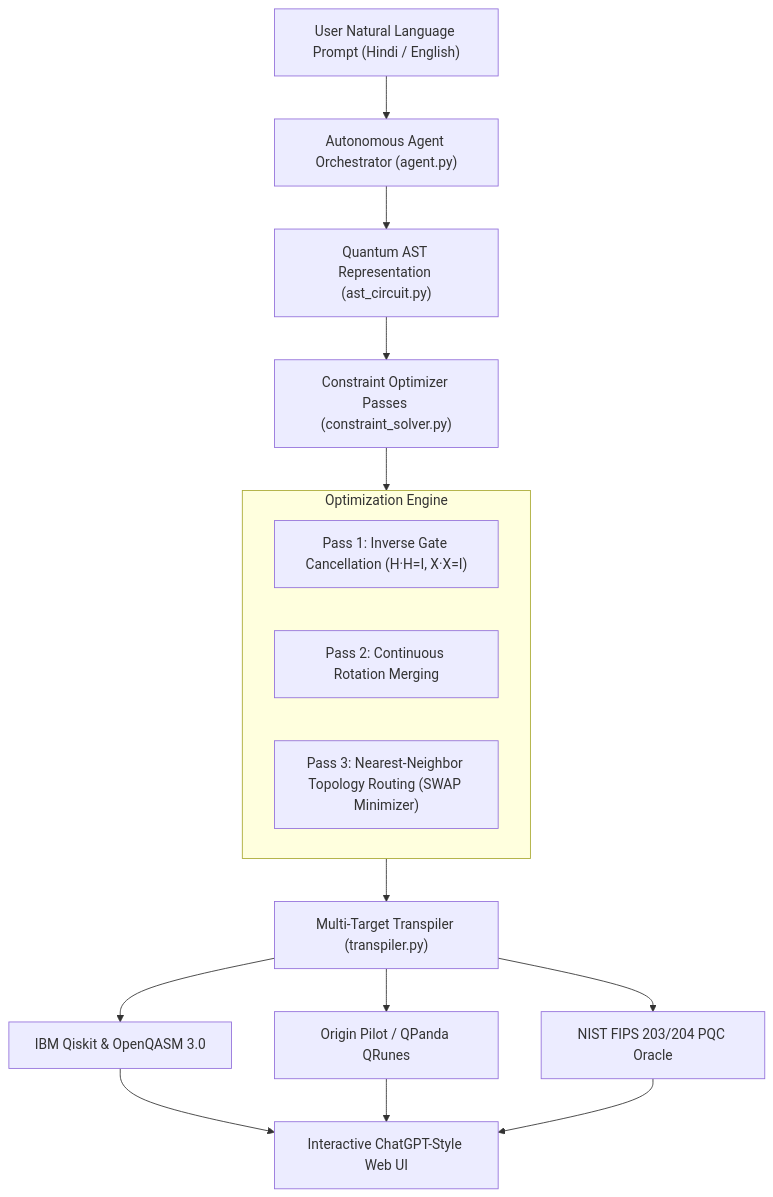
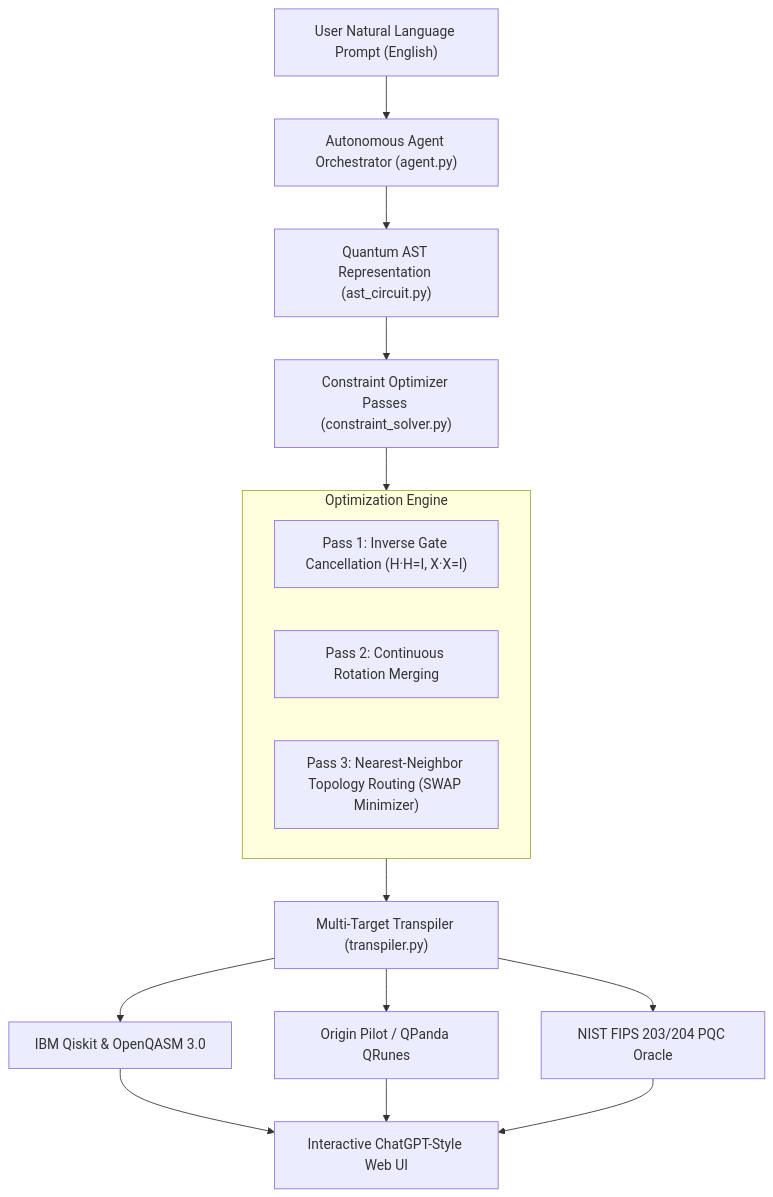
Before and after one commit to elon00/qmoosa-pqs: the diagram in README.md, drawn with Mermaid. The commit also changed other lines of this file and 2 other files, not shown here.

Commit message:
refactor: convert all UI, agent parsing, and documentation strictly to English

````diff
--- a/README.md
+++ b/README.md
@@ -60,22 +59,22 @@
 ```mermaid
 flowchart TD
-    User["User Natural Language Prompt (Hindi / English)"] --> Agent["Autonomous Agent Orchestrator (agent.py)"]
+    User["User Natural Language Prompt (English)"] --> Agent["Autonomous Agent Orchestrator (agent.py)"]
     Agent --> AST["Quantum AST Representation (ast_circuit.py)"]
     AST --> Solver["Constraint Optimizer Passes (constraint_solver.py)"]
     
     subgraph Passes ["Optimization Engine"]
         Pass1["Pass 1: Inverse Gate Cancellation (H·H=I, X·X=I)"]
         Pass2["Pass 2: Continuous Rotation Merging"]
         Pass3["Pass 3: Nearest-Neighbor Topology Routing (SWAP Minimizer)"]
     end
     Solver --> Passes
     Passes --> Transpiler["Multi-Target Transpiler (transpiler.py)"]
     
     Transpiler --> Qiskit["IBM Qiskit & OpenQASM 3.0"]
     Transpiler --> Origin["Origin Pilot / QPanda QRunes"]
     Transpiler --> PQC["NIST FIPS 203/204 PQC Oracle"]
     
     Qiskit --> UI["Interactive ChatGPT-Style Web UI"]
     Origin --> UI
     PQC --> UI
 ```
````
